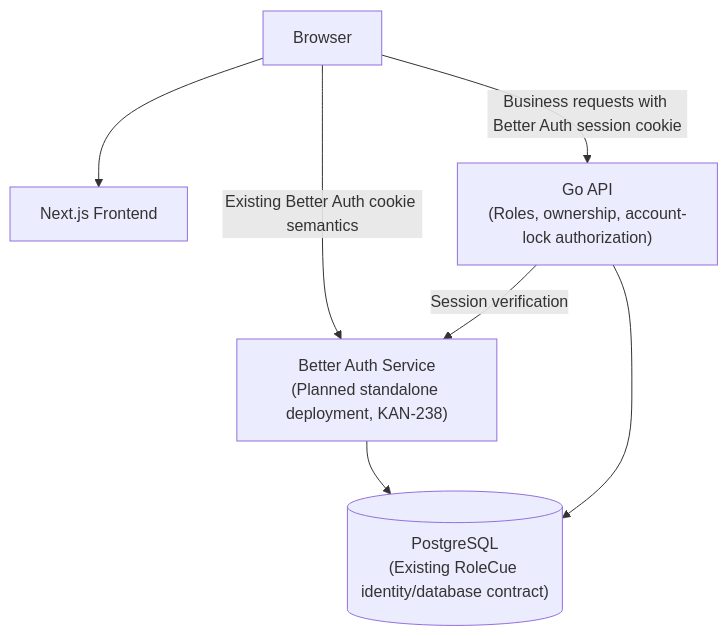
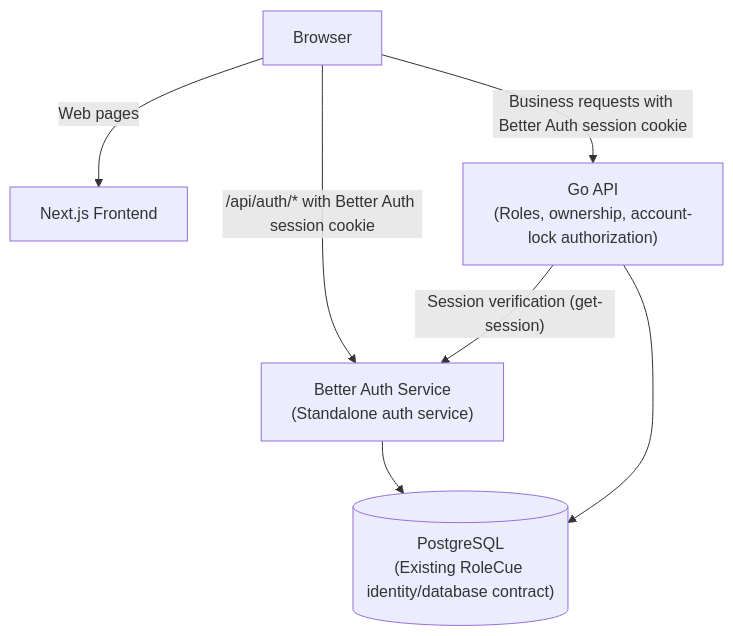
One commit to cog-forge/role-cue-brain changed the second of 2 diagrams in 01_Domains/Auth/README.md. Above: the diagram before and after it, drawn with Mermaid. The commit also changed other lines of this file and 6 other files, not shown here.

First line of the commit message:
docs(brain): describe the shipped standalone auth service

````diff
--- a/01_Domains/Auth/README.md
+++ b/01_Domains/Auth/README.md
@@ -128,9 +123,9 @@
 ```mermaid
 flowchart TD
-    BROWSER["Browser"] --> FRONTEND["Next.js Frontend"]
-    BROWSER -->|"Existing Better Auth cookie semantics"| AUTH["Better Auth Service<br/>(Planned standalone deployment, KAN-238)"]
+    BROWSER["Browser"] -->|"Web pages"| FRONTEND["Next.js Frontend"]
+    BROWSER -->|"/api/auth/* with Better Auth session cookie"| AUTH["Better Auth Service<br/>(Standalone auth service)"]
     BROWSER -->|"Business requests with Better Auth session cookie"| GO["Go API<br/>(Roles, ownership, account-lock authorization)"]
-    GO -->|"Session verification"| AUTH
+    GO -->|"Session verification (get-session)"| AUTH
     AUTH --> DB[("PostgreSQL<br/>(Existing RoleCue identity/database contract)")]
     GO --> DB
 ```
````
